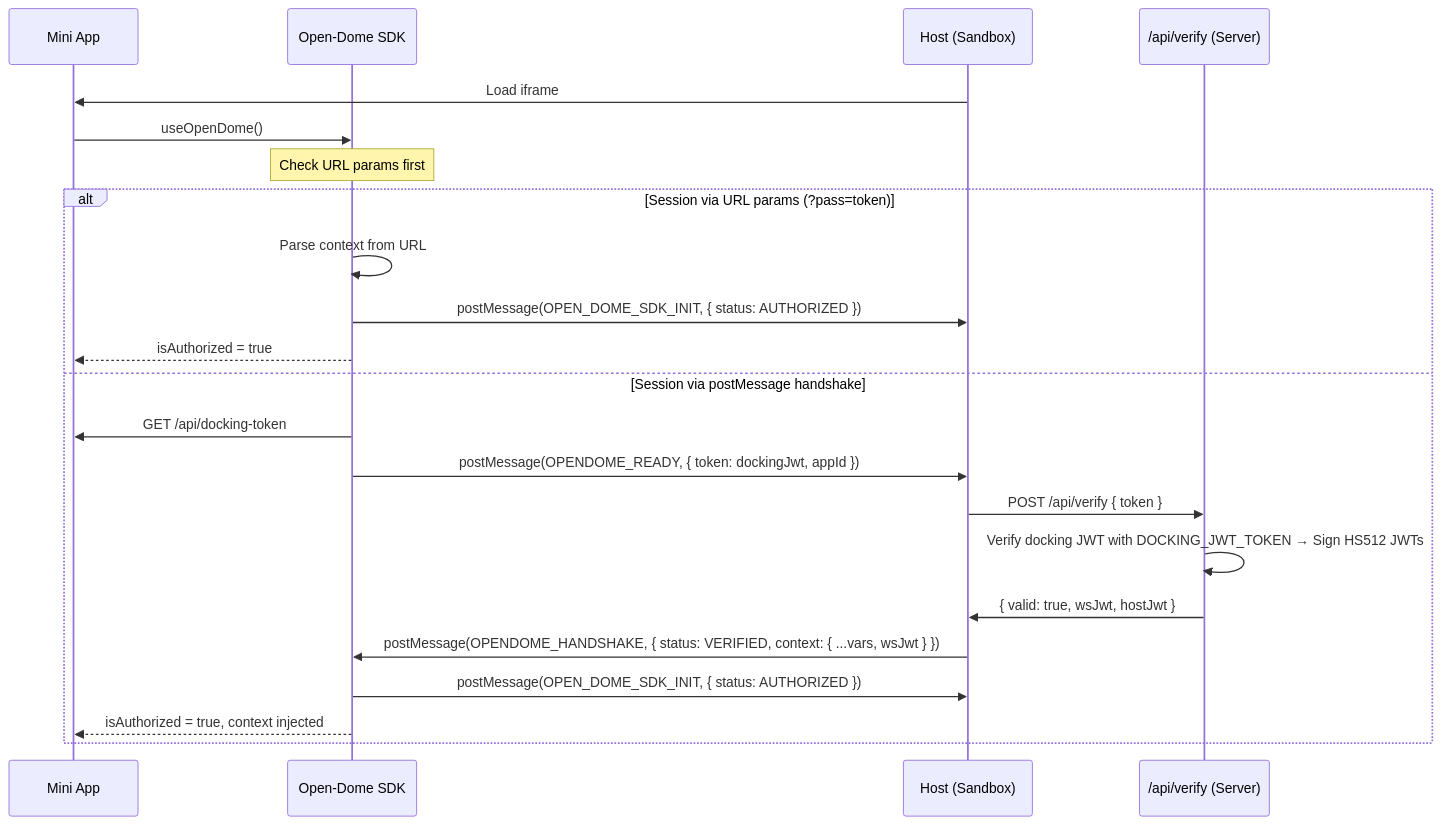
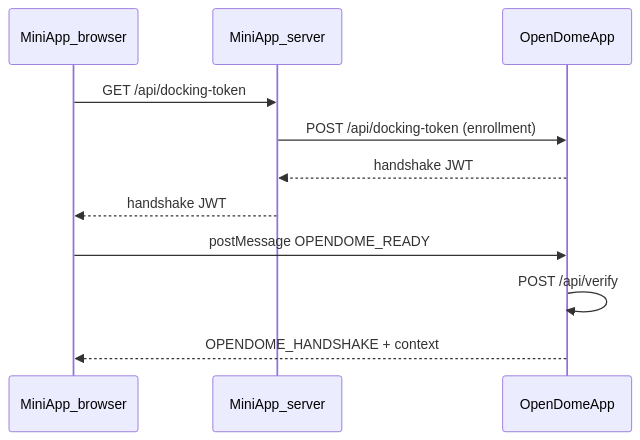
Before and after one commit to Effisend-Labs/Open-Dome: the diagram in open-dome-lib/README.md, drawn with Mermaid. The commit also changed other lines of this file and 27 other files, not shown here.

````diff
--- a/open-dome-lib/README.md
+++ b/open-dome-lib/README.md
@@ -22,25 +34,14 @@
 ```mermaid
 sequenceDiagram
-    participant MiniApp as Mini App
-    participant SDK as Open-Dome SDK
-    participant Host as Host (Sandbox)
-    participant API as /api/verify (Server)
+  participant Mini as MiniApp_browser
+  participant API as MiniApp_server
+  participant Host as OpenDomeApp
 
-    Host->>MiniApp: Load iframe
-    MiniApp->>SDK: useOpenDome()
-    Note over SDK: Check URL params first
-    alt Session via URL params (?pass=token)
-        SDK->>SDK: Parse context from URL
-        SDK->>Host: postMessage(OPEN_DOME_SDK_INIT, { status: AUTHORIZED })
-        SDK-->>MiniApp: isAuthorized = true
-    else Session via postMessage handshake
-        SDK->>MiniApp: GET /api/docking-token
-        SDK->>Host: postMessage(OPENDOME_READY, { token: dockingJwt, appId })
-        Host->>API: POST /api/verify { token }
-        API->>API: Verify docking JWT with DOCKING_JWT_TOKEN → Sign HS512 JWTs
-        API->>Host: { valid: true, wsJwt, hostJwt }
-        Host->>SDK: postMessage(OPENDOME_HANDSHAKE, { status: VERIFIED, context: { ...vars, wsJwt } })
-        SDK->>Host: postMessage(OPEN_DOME_SDK_INIT, { status: AUTHORIZED })
-        SDK-->>MiniApp: isAuthorized = true, context injected
-    end
+  Mini->>API: GET /api/docking-token
+  API->>Host: POST /api/docking-token (enrollment)
+  Host-->>API: handshake JWT
+  API-->>Mini: handshake JWT
+  Mini->>Host: postMessage OPENDOME_READY
+  Host->>Host: POST /api/verify
+  Host-->>Mini: OPENDOME_HANDSHAKE + context
 ```
````
